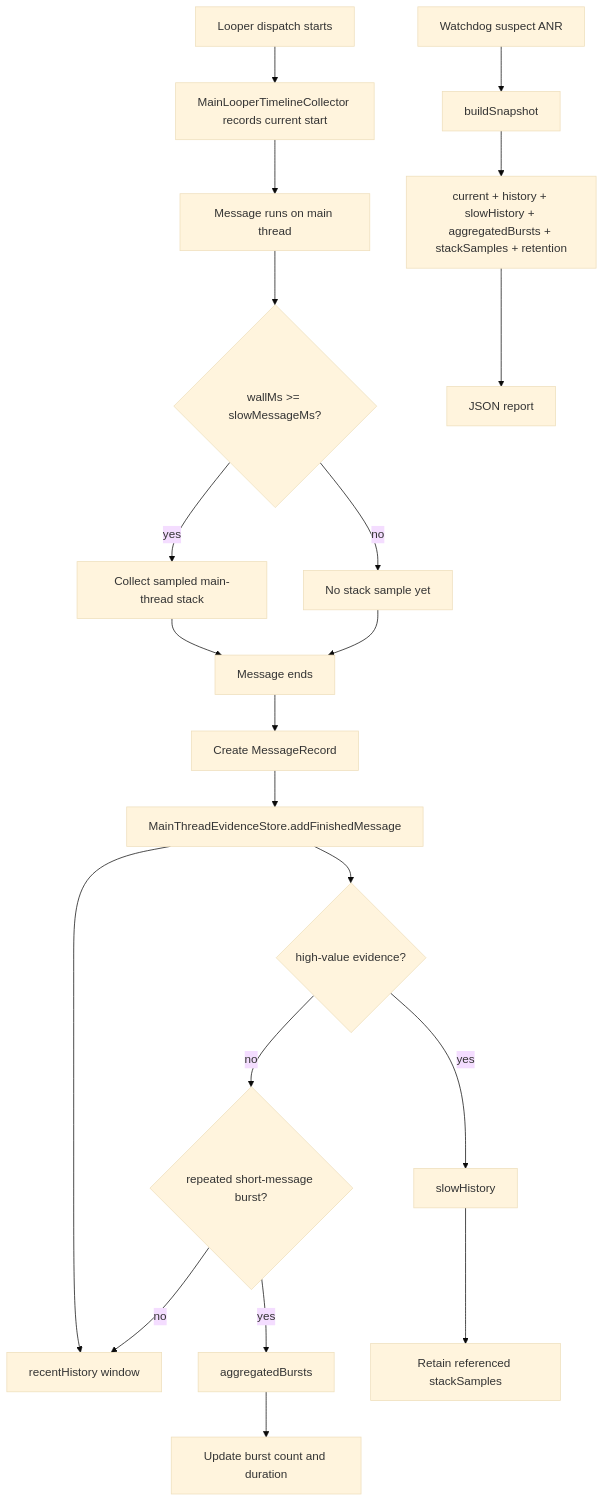
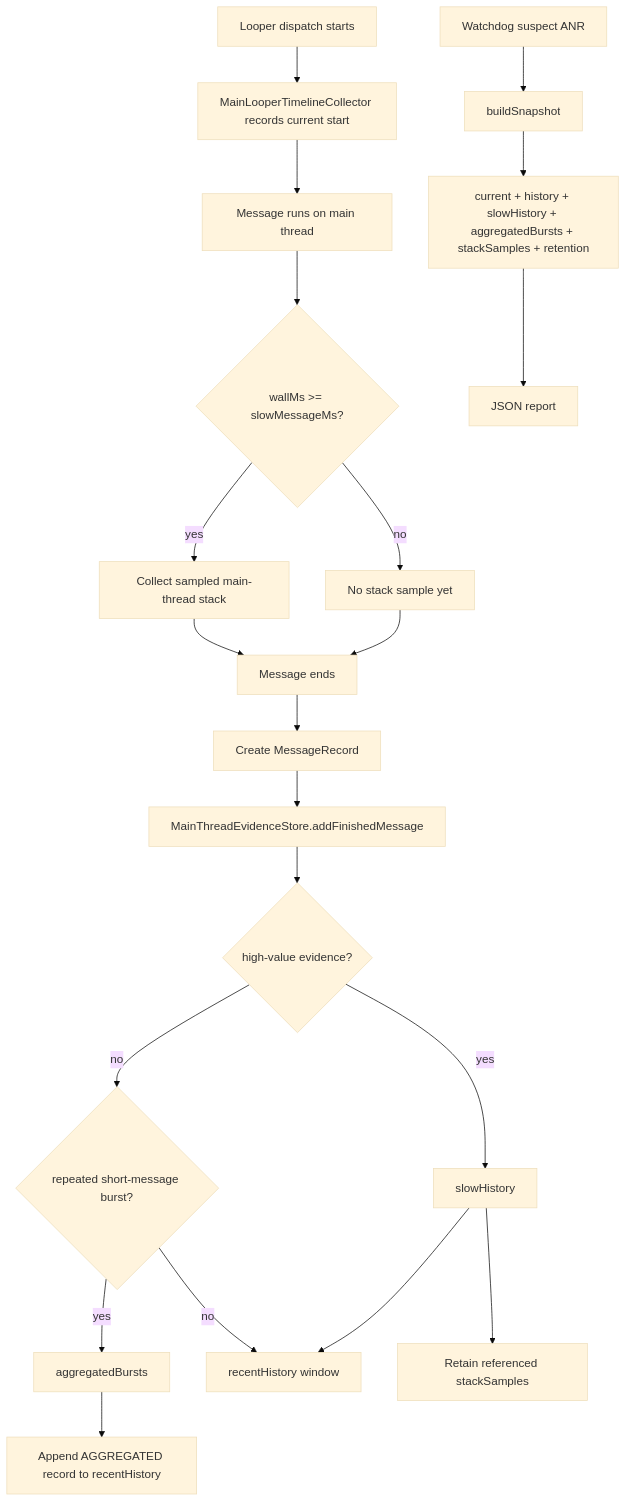
Before and after one commit to valiantyan/Vibe-ANR-Monitoring: the diagram in docs/superpowers/specs/2026-06-25-anr-evidence-retention-design.md, drawn with Mermaid (base theme). The commit also changed other lines of this file, not shown here.

````diff
--- a/docs/superpowers/specs/2026-06-25-anr-evidence-retention-design.md
+++ b/docs/superpowers/specs/2026-06-25-anr-evidence-retention-design.md
@@ -101,23 +104,23 @@
 ```mermaid
 flowchart TD
     A["Looper dispatch starts"] --> B["MainLooperTimelineCollector records current start"]
     B --> C["Message runs on main thread"]
     C --> D{"wallMs >= slowMessageMs?"}
     D -- "yes" --> E["Collect sampled main-thread stack"]
     D -- "no" --> F["No stack sample yet"]
     E --> G["Message ends"]
     F --> G
     G --> H["Create MessageRecord"]
     H --> I["MainThreadEvidenceStore.addFinishedMessage"]
-    I --> J["recentHistory window"]
     I --> K{"high-value evidence?"}
     K -- "yes" --> L["slowHistory"]
     K -- "no" --> M{"repeated short-message burst?"}
     M -- "yes" --> N["aggregatedBursts"]
-    M -- "no" --> J
+    M -- "no" --> J["recentHistory window"]
+    L --> J
     L --> O["Retain referenced stackSamples"]
-    N --> P["Update burst count and duration"]
+    N --> P["Append AGGREGATED record to recentHistory"]
     Q["Watchdog suspect ANR"] --> R["buildSnapshot"]
     R --> S["current + history + slowHistory + aggregatedBursts + stackSamples + retention"]
     S --> T["JSON report"]
 ```
````
